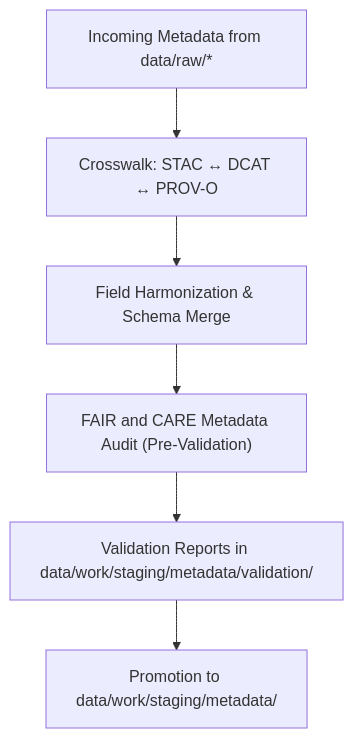
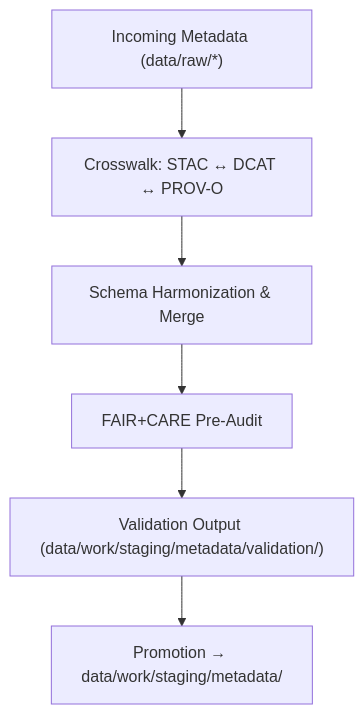
Before and after one commit to bartytime4life/Kansas-Frontier-Matrix: the diagram in data/work/staging/metadata/tmp/README.md, drawn with Mermaid. The commit also changed other lines of this file, not shown here.

````diff
--- a/data/work/staging/metadata/tmp/README.md
+++ b/data/work/staging/metadata/tmp/README.md
@@ -62,8 +68,8 @@
 ```mermaid
 flowchart TD
-    A["Incoming Metadata from data/raw/*"] --> B["Crosswalk: STAC ↔ DCAT ↔ PROV-O"]
-    B --> C["Field Harmonization & Schema Merge"]
-    C --> D["FAIR and CARE Metadata Audit (Pre-Validation)"]
-    D --> E["Validation Reports in data/work/staging/metadata/validation/"]
-    E --> F["Promotion to data/work/staging/metadata/"]
+    A["Incoming Metadata (data/raw/*)"] --> B["Crosswalk: STAC ↔ DCAT ↔ PROV-O"]
+    B --> C["Schema Harmonization & Merge"]
+    C --> D["FAIR+CARE Pre-Audit"]
+    D --> E["Validation Output (data/work/staging/metadata/validation/)"]
+    E --> F["Promotion → data/work/staging/metadata/"]
 ```
````
